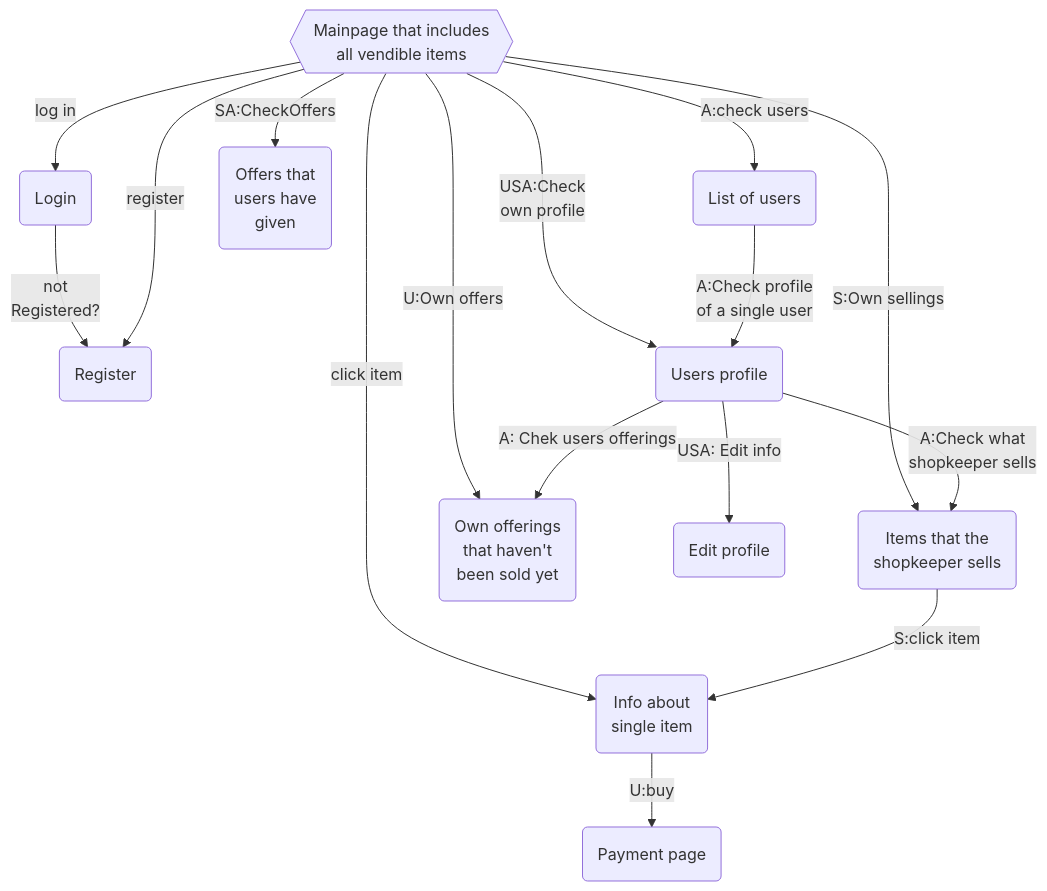
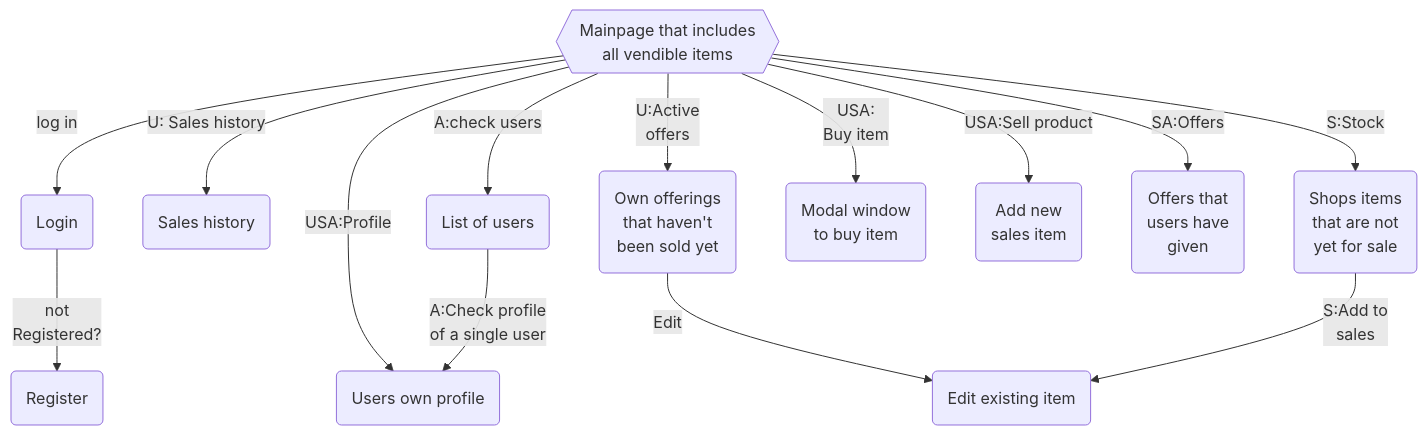
The diagram in README.md (timotuulio/secondhandWebstore), drawn with Mermaid before and after one commit.

Commit message:
Update page navigation to README

````diff
--- a/README.md
+++ b/README.md
@@ -28,23 +28,25 @@
 ``` mermaid
 graph TD
   Log(Login) --> |not<br/> Registered?| Reg
   Reg(Register)
-	MP{{Mainpage that includes <br/>all vendible items}} --> |log in| Log
-  MP --> |register| Reg
-  MP --> |USA:Check <br/>own profile| Prof
+  MP{{Mainpage that includes <br/>all vendible items}}
+  MP --> |log in| Log
+  MP --> |USA:Profile| Prof
+  MP --> |U: Sales history| Hist
   MP --> |A:check users| LU
-  MP --> |S:Own sellings|OwnSells
-  MP --> |U:Own offers|OwnOff
-  MP --> |SA:CheckOffers|Offers
-  MP --> |click item| Item
+  MP --> |S:Stock|OwnSells
+  MP --> |U:Active<br/> offers|OwnOff
+  MP --> |USA:<br/>Buy item| Item
+  MP --> |USA:Sell product| NewItem
+  MP --> |SA:Offers|Offers
+  Hist(Sales history)
+  NewItem(Add new <br/>sales item)
   LU(List of users) --> |A:Check profile<br/>of a single user| Prof
-  Prof(Users profile) --> |A:Check what <br/>shopkeeper sells|OwnSells
-  Prof --> |A: Chek users offerings|OwnOff
-  Prof --> |USA: Edit info| Edit(Edit profile)
-  OwnOff(Own offerings <br/>that haven't<br/> been sold yet)
-  OwnSells(Items that the <br/>shopkeeper sells) --> |S:click item|Item
-  Item(Info about<br/>single item) --> |U:buy|Buy
-  Buy(Payment page)
+  Prof(Users own profile)
+  OwnOff(Own offerings <br/>that haven't<br/> been sold yet) --> |Edit|Edit
+  Edit(Edit existing item)
+  OwnSells(Shops items <br/>that are not <br/>yet for sale) --> |S:Add to <br/>sales|Edit
+  Item(Modal window <br/>to buy item)
   Offers(Offers that <br/>users have<br/> given)
 
 ```
````
